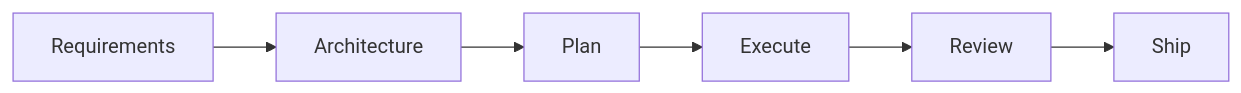
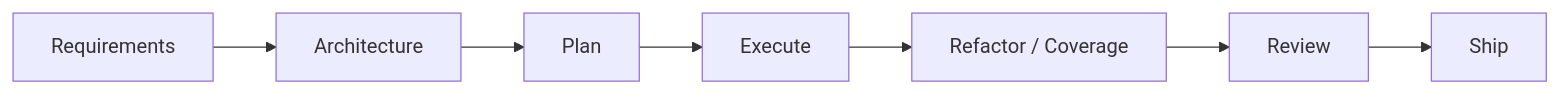
Before and after one commit to Ansab-Sultan/blueprint-skills: the diagram in README.md, drawn with Mermaid. The commit also changed other lines of this file, not shown here.

````diff
--- a/README.md
+++ b/README.md
@@ -19,8 +19,9 @@
 ```mermaid
 graph LR
     A[Requirements] --> B[Architecture]
     B --> C[Plan]
     C --> D[Execute]
-    D --> E[Review]
-    E --> F[Ship]
+    D --> E[Refactor / Coverage]
+    E --> F[Review]
+    F --> G[Ship]
 ```
````
